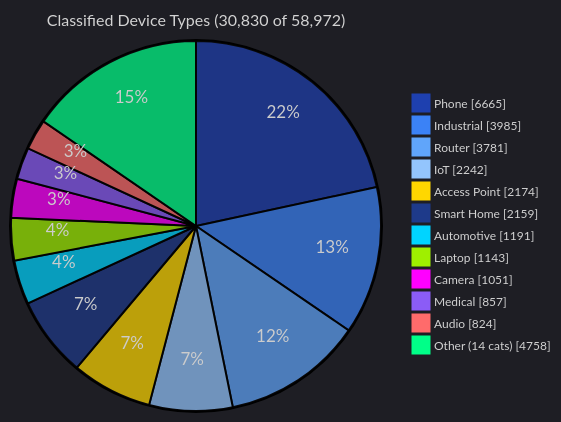
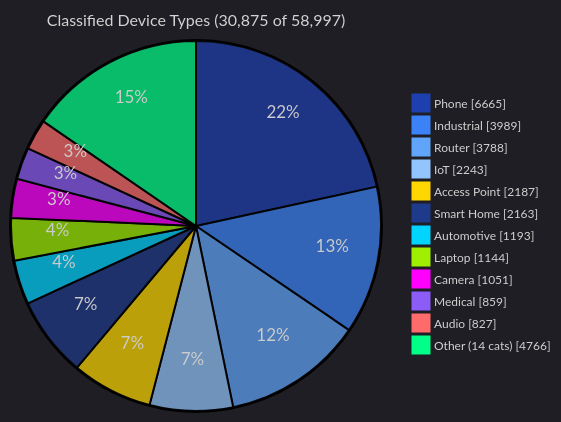
Before and after one commit to zqf20096327/dbhub_collect: the fourth of 5 diagrams in data/readmes/Ringmast4r__OUI-Master-Database.md, drawn with Mermaid. The commit also changed other lines of this file and 402 other files, not shown here.

````diff
--- a/data/readmes/Ringmast4r__OUI-Master-Database.md
+++ b/data/readmes/Ringmast4r__OUI-Master-Database.md
@@ -170,17 +170,17 @@
 ```mermaid
 %%{init: {'theme':'dark', 'themeVariables': {'pie1':'#1E40AF','pie2':'#3B82F6','pie3':'#60A5FA','pie4':'#93C5FD','pie5':'#FFD700','pie6':'#1E3A8A','pie7':'#00D4FF','pie8':'#9FEF00','pie9':'#FF00FF','pie10':'#8B5CF6','pie11':'#FF6B6B','pie12':'#00FF88','pieTitleTextSize':'16px','pieLegendTextSize':'12px'}}}%%
 pie showData
-    title Classified Device Types (30,830 of 58,972)
+    title Classified Device Types (30,875 of 58,997)
     "Phone" : 6665
-    "Industrial" : 3985
-    "Router" : 3781
-    "IoT" : 2242
-    "Access Point" : 2174
-    "Smart Home" : 2159
-    "Automotive" : 1191
-    "Laptop" : 1143
+    "Industrial" : 3989
+    "Router" : 3788
+    "IoT" : 2243
+    "Access Point" : 2187
+    "Smart Home" : 2163
+    "Automotive" : 1193
+    "Laptop" : 1144
     "Camera" : 1051
-    "Medical" : 857
-    "Audio" : 824
-    "Other (14 cats)" : 4758
+    "Medical" : 859
+    "Audio" : 827
+    "Other (14 cats)" : 4766
 ```
````
